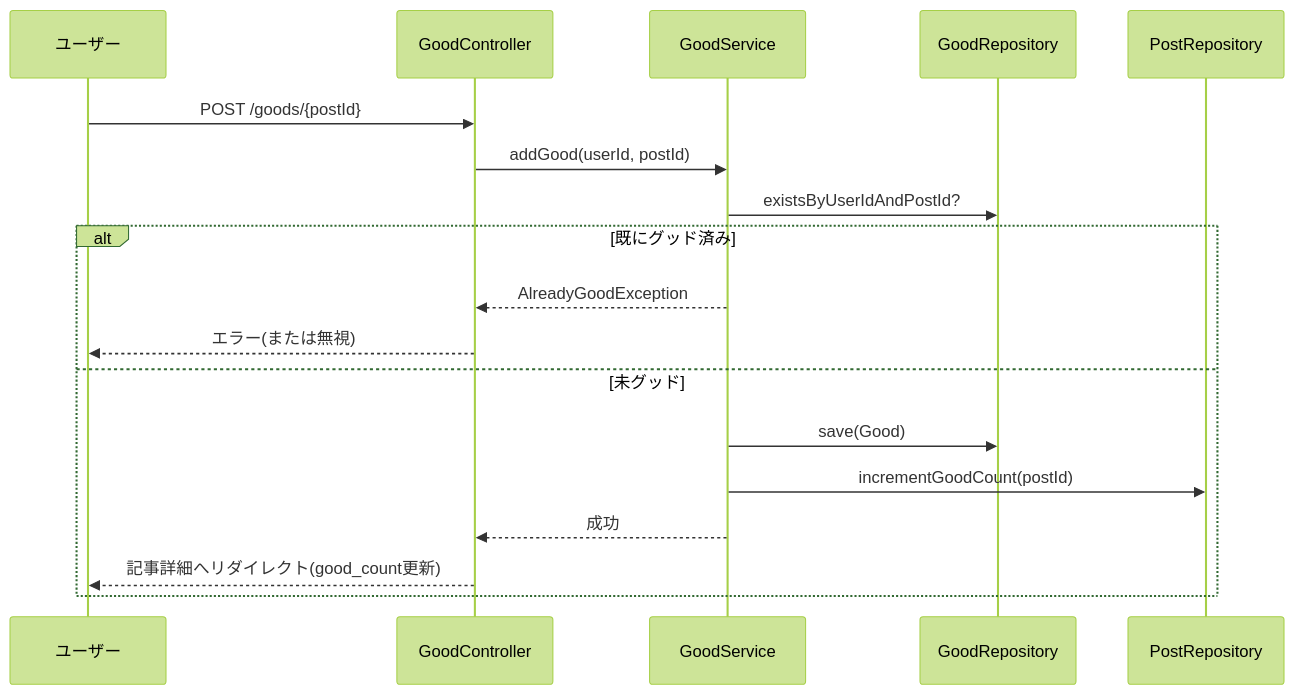
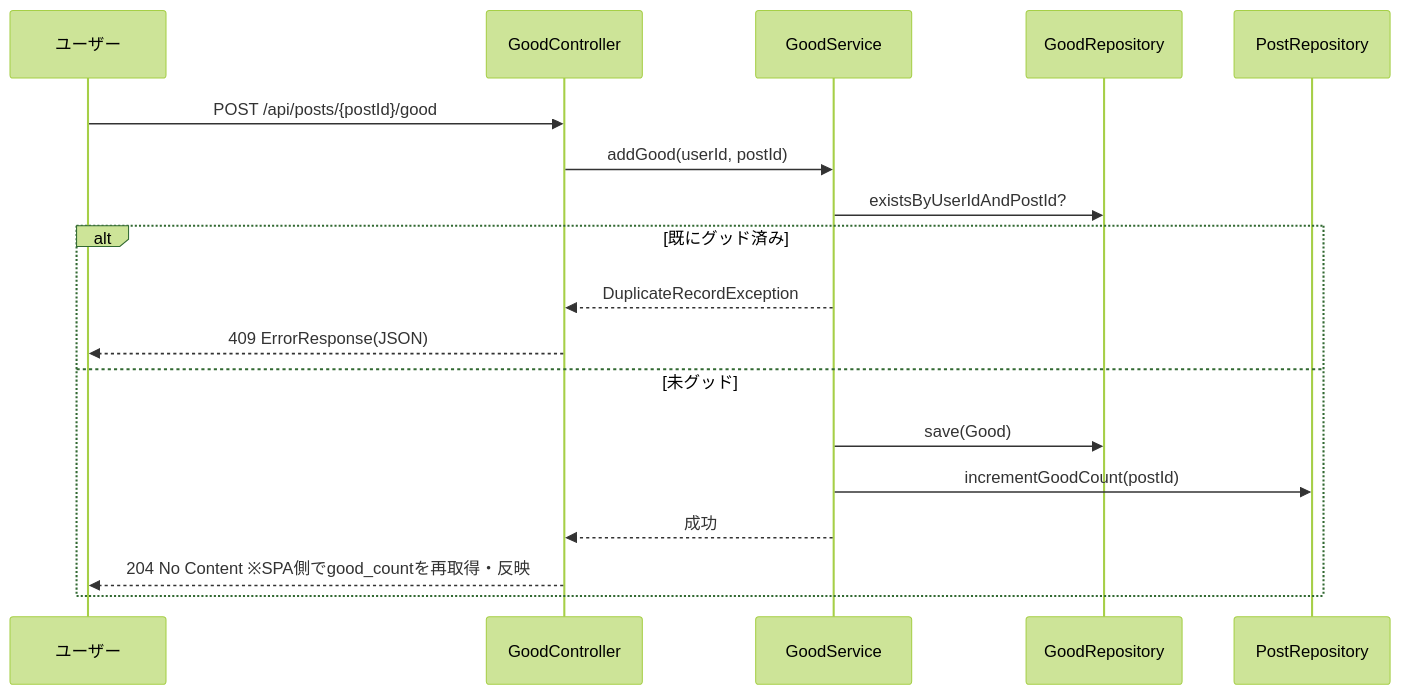
Before and after one commit to ichi-269/Bukuro: the fifth of 8 diagrams in docs/functional-design.md, drawn with Mermaid (forest theme). The commit also changed other lines of this file and 104 other files, not shown here.

````diff
--- a/docs/functional-design.md
+++ b/docs/functional-design.md
@@ -357,21 +357,21 @@
 ```mermaid
 sequenceDiagram
     participant User as ユーザー
     participant Controller as GoodController
     participant GoodSvc as GoodService
     participant GoodRepo as GoodRepository
     participant PostRepo as PostRepository
 
-    User->>Controller: POST /goods/{postId}
+    User->>Controller: POST /api/posts/{postId}/good
     Controller->>GoodSvc: addGood(userId, postId)
     GoodSvc->>GoodRepo: existsByUserIdAndPostId?
     alt 既にグッド済み
-        GoodSvc-->>Controller: AlreadyGoodException
-        Controller-->>User: エラー(または無視)
+        GoodSvc-->>Controller: DuplicateRecordException
+        Controller-->>User: 409 ErrorResponse(JSON)
     else 未グッド
         GoodSvc->>GoodRepo: save(Good)
         GoodSvc->>PostRepo: incrementGoodCount(postId)
         GoodSvc-->>Controller: 成功
-        Controller-->>User: 記事詳細へリダイレクト(good_count更新)
+        Controller-->>User: 204 No Content ※SPA側でgood_countを再取得・反映
     end
 ```
````
